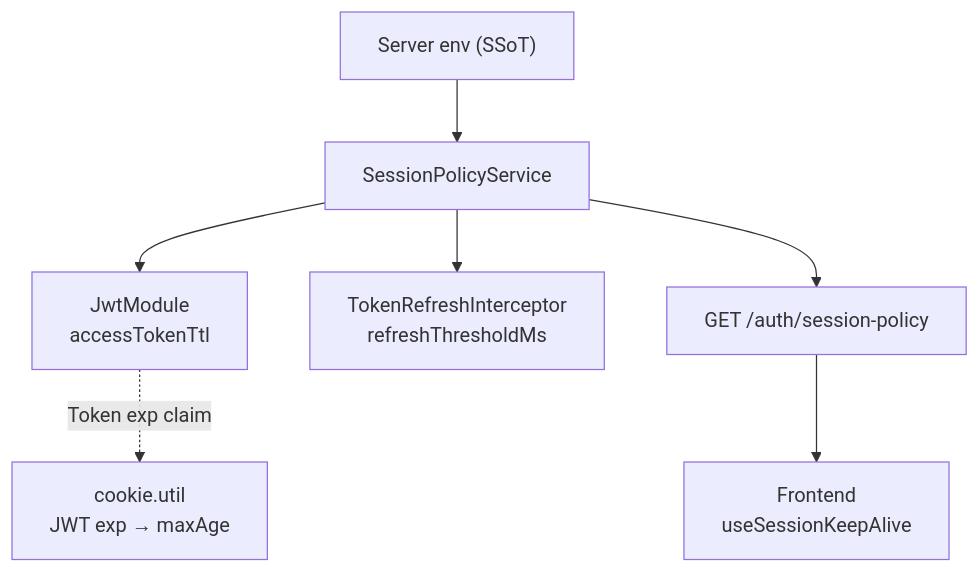
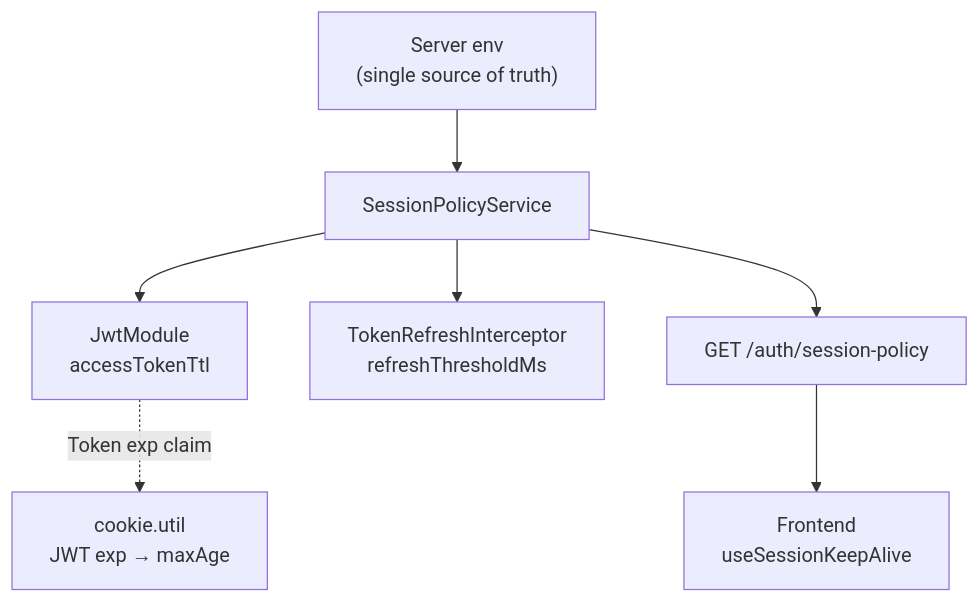
One commit to tpals0409/Leo-s-Build-Log changed the diagram in content/posts/session-policy-sync/diagrams/after.en.mmd. Above: the diagram before and after it, drawn with Mermaid. The commit also changed 82 other files, not shown here.

```diff
--- a/content/posts/session-policy-sync/diagrams/after.en.mmd
+++ b/content/posts/session-policy-sync/diagrams/after.en.mmd
@@ -1,15 +1,15 @@
 flowchart TB
-    ENV["Server env (SSoT)"]
+    ENV["Server env<br/>(single source of truth)"]
     SPS["SessionPolicyService"]
     JWT["JwtModule<br/>accessTokenTtl"]
     COOKIE["cookie.util<br/>JWT exp → maxAge"]
     REFRESH["TokenRefreshInterceptor<br/>refreshThresholdMs"]
     API["GET /auth/session-policy"]
     FE["Frontend<br/>useSessionKeepAlive"]
 
     ENV --> SPS
     SPS --> JWT
     SPS --> REFRESH
     JWT -.-> |"Token exp claim"| COOKIE
     SPS --> API
     API --> FE
```
